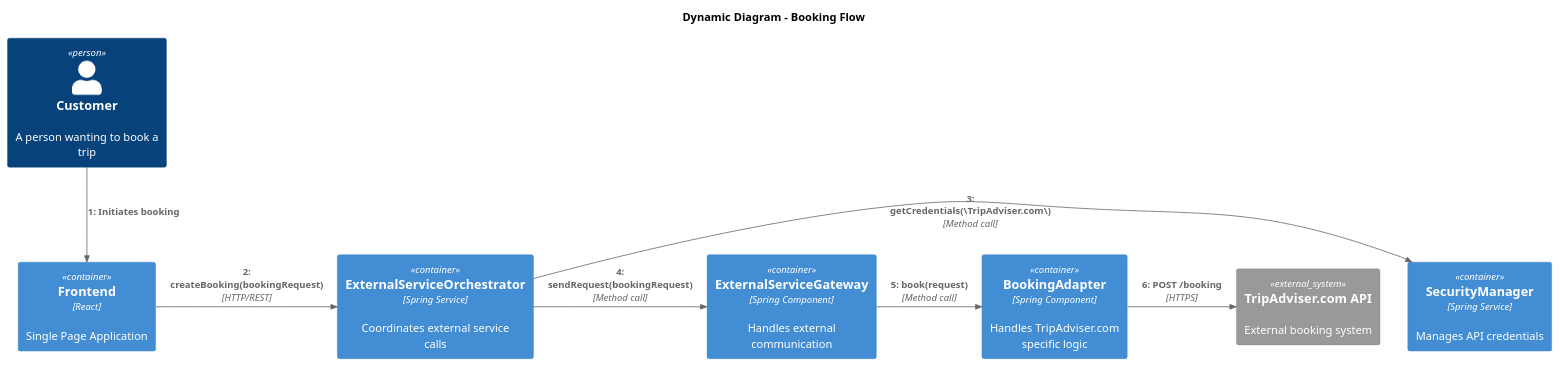
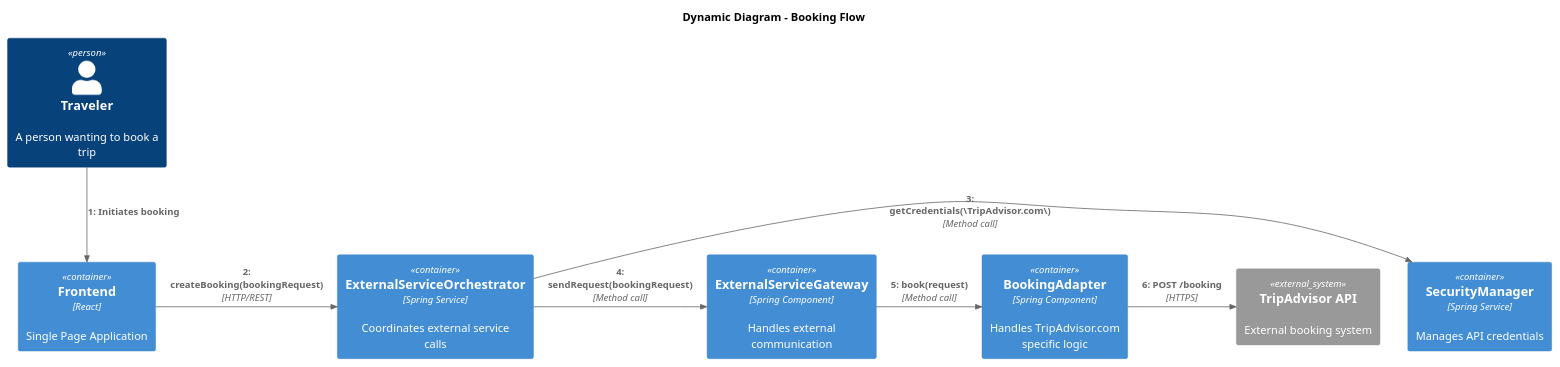
Before and after one commit to AIM-ENE-feb25/triptop-groep-b1: the diagram in software-guidebook/dynamic-diagram/dynamic-booking-diagram.puml, drawn with PlantUML. The commit also changed 3 other files, not shown here.

Commit message:
feat: 3 dynamic component diagrams  + updated booking component diagram for proper person + spelling

```diff
--- a/software-guidebook/dynamic-diagram/dynamic-booking-diagram.puml
+++ b/software-guidebook/dynamic-diagram/dynamic-booking-diagram.puml
@@ -1,21 +1,21 @@
 @startuml
 !include https://raw.githubusercontent.com/plantuml-stdlib/C4-PlantUML/master/C4_Dynamic.puml
 
 title Dynamic Diagram - Booking Flow
 
-Person(customer, "Customer", "A person wanting to book a trip")
+Person(traveler, "Traveler", "A person wanting to book a trip")
 Container(spa, "Frontend", "React", "Single Page Application")
 Container(orchestrator, "ExternalServiceOrchestrator", "Spring Service", "Coordinates external service calls")
 Container(security, "SecurityManager", "Spring Service", "Manages API credentials")
 Container(gateway, "ExternalServiceGateway", "Spring Component", "Handles external communication")
-Container(adapter, "BookingAdapter", "Spring Component", "Handles TripAdviser.com specific logic")
-System_Ext(bookingApi, "TripAdviser.com API", "External booking system")
+Container(adapter, "BookingAdapter", "Spring Component", "Handles TripAdvisor.com specific logic")
+System_Ext(bookingApi, "TripAdvisor API", "External booking system")
 
-Rel_D(customer, spa, "Initiates booking")
+Rel_D(traveler, spa, "Initiates booking")
 Rel_R(spa, orchestrator, "createBooking(bookingRequest)", "HTTP/REST")
-Rel_R(orchestrator, security, "getCredentials(\TripAdviser.com\)", "Method call")
+Rel_R(orchestrator, security, "getCredentials(\TripAdvisor.com\)", "Method call")
 Rel_R(orchestrator, gateway, "sendRequest(bookingRequest)", "Method call")
 Rel_R(gateway, adapter, "book(request)", "Method call")
 Rel_R(adapter, bookingApi, "POST /booking", "HTTPS")
 
 @enduml
```
